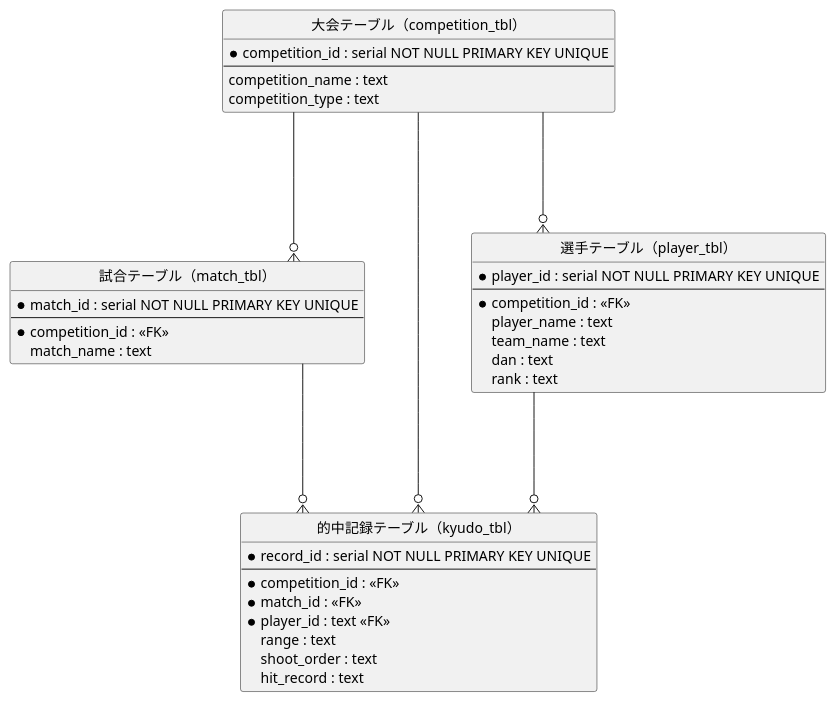
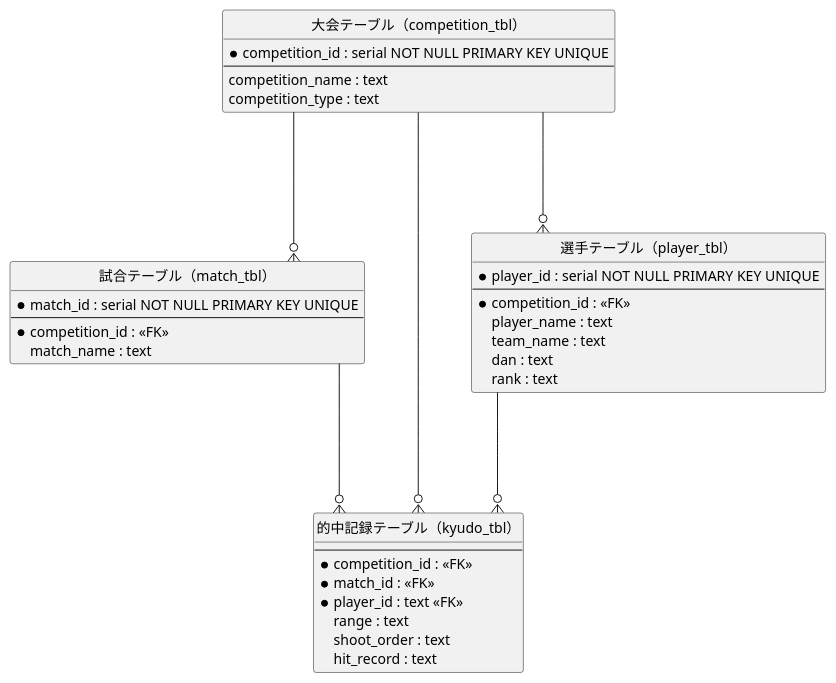
One commit to ssksoft/kyudo changed the diagram in uml/er_diagram.pu. Above: the diagram before and after it, drawn with PlantUML. The commit also changed 3 other files, not shown here.

```diff
--- a/uml/er_diagram.pu
+++ b/uml/er_diagram.pu
@@ -1,50 +1,49 @@
 @startuml er_diagram
 
 ' hide the spot
 hide circle
 
 ' avoid problems with angled crows feet
 skinparam linetype ortho
 
 entity "大会テーブル（competition_tbl）" as competition_tbl {
   *competition_id : serial NOT NULL PRIMARY KEY UNIQUE
   --
   competition_name : text
   competition_type : text
 }
 
 entity "試合テーブル（match_tbl）" as match_tbl {
   *match_id : serial NOT NULL PRIMARY KEY UNIQUE
   --
   *competition_id : <<FK>>
   match_name : text
 }
 
 entity "的中記録テーブル（kyudo_tbl）" as hit_record_tbl {
-  *record_id : serial NOT NULL PRIMARY KEY UNIQUE
   --
   *competition_id : <<FK>>
   *match_id : <<FK>>
   *player_id : text <<FK>>
   range : text
   shoot_order : text
   hit_record : text
 }
 
 entity "選手テーブル（player_tbl）" as player_tbl {
   *player_id : serial NOT NULL PRIMARY KEY UNIQUE
   --
   *competition_id : <<FK>>
   player_name : text
   team_name : text
   dan : text
   rank : text
 }
 
 competition_tbl ---o{ match_tbl
 match_tbl ---o{ hit_record_tbl
 player_tbl ---o{ hit_record_tbl
 competition_tbl ---o{ hit_record_tbl
 competition_tbl ---o{ player_tbl
 
 @enduml
```
